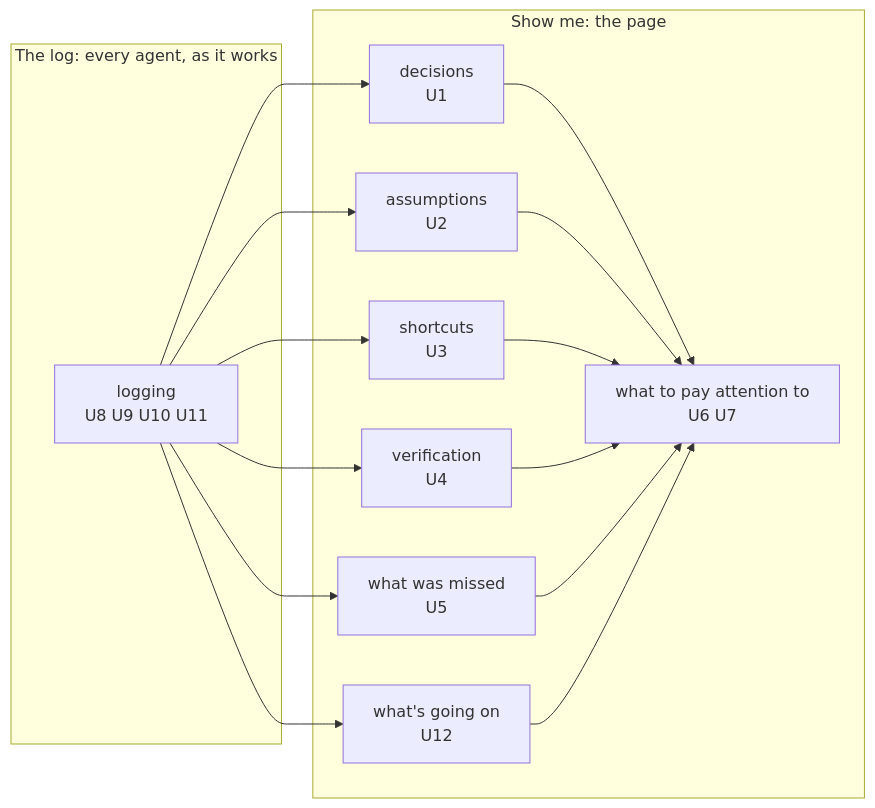
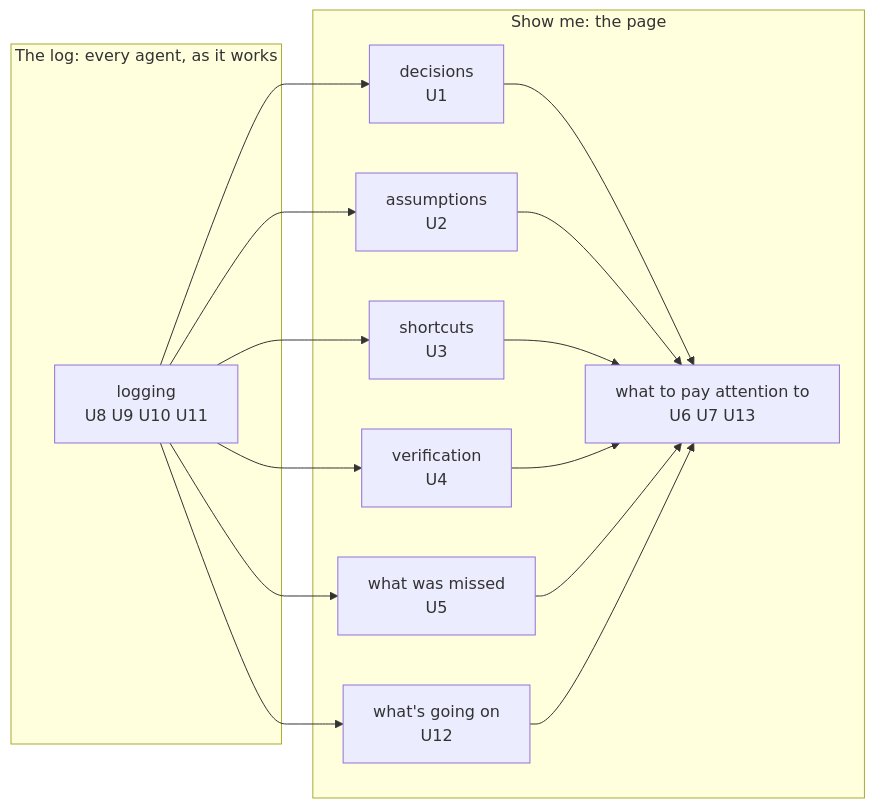
One commit to ShravanSunder/sunstack changed the diagram in docs/wip/skills-authoring/2026-11-06-show-me-your-work-record/requirements/index.md. Above: the diagram before and after it, drawn with Mermaid. The commit also changed other lines of this file and 17 other files, not shown here.

````diff
--- a/docs/wip/skills-authoring/2026-11-06-show-me-your-work-record/requirements/index.md
+++ b/docs/wip/skills-authoring/2026-11-06-show-me-your-work-record/requirements/index.md
@@ -33,27 +33,27 @@
 ```mermaid
 flowchart LR
   subgraph log["The log: every agent, as it works"]
     G["logging<br/>U8 U9 U10 U11"]
   end
   subgraph show["Show me: the page"]
     D["decisions<br/>U1"]
     A["assumptions<br/>U2"]
     S["shortcuts<br/>U3"]
     V["verification<br/>U4"]
     M["what was missed<br/>U5"]
     W["what's going on<br/>U12"]
-    T["what to pay attention to<br/>U6 U7"]
+    T["what to pay attention to<br/>U6 U7 U13"]
   end
   G --> D
   G --> A
   G --> S
   G --> V
   G --> M
   G --> W
   D --> T
   A --> T
   S --> T
   V --> T
   M --> T
   W --> T
 ```
````
